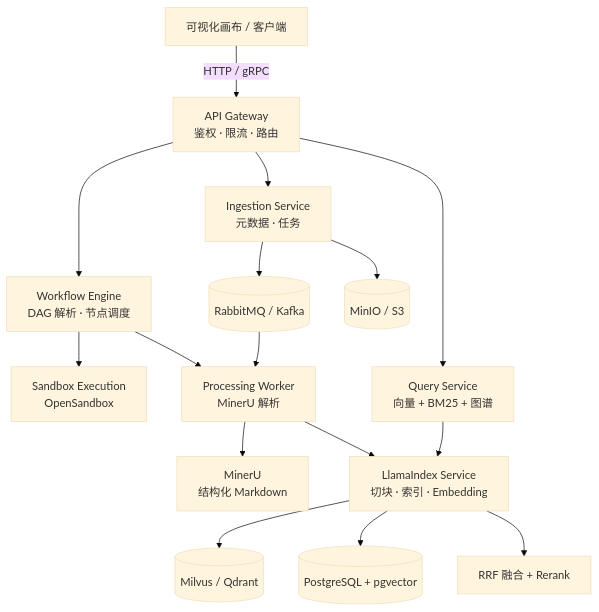
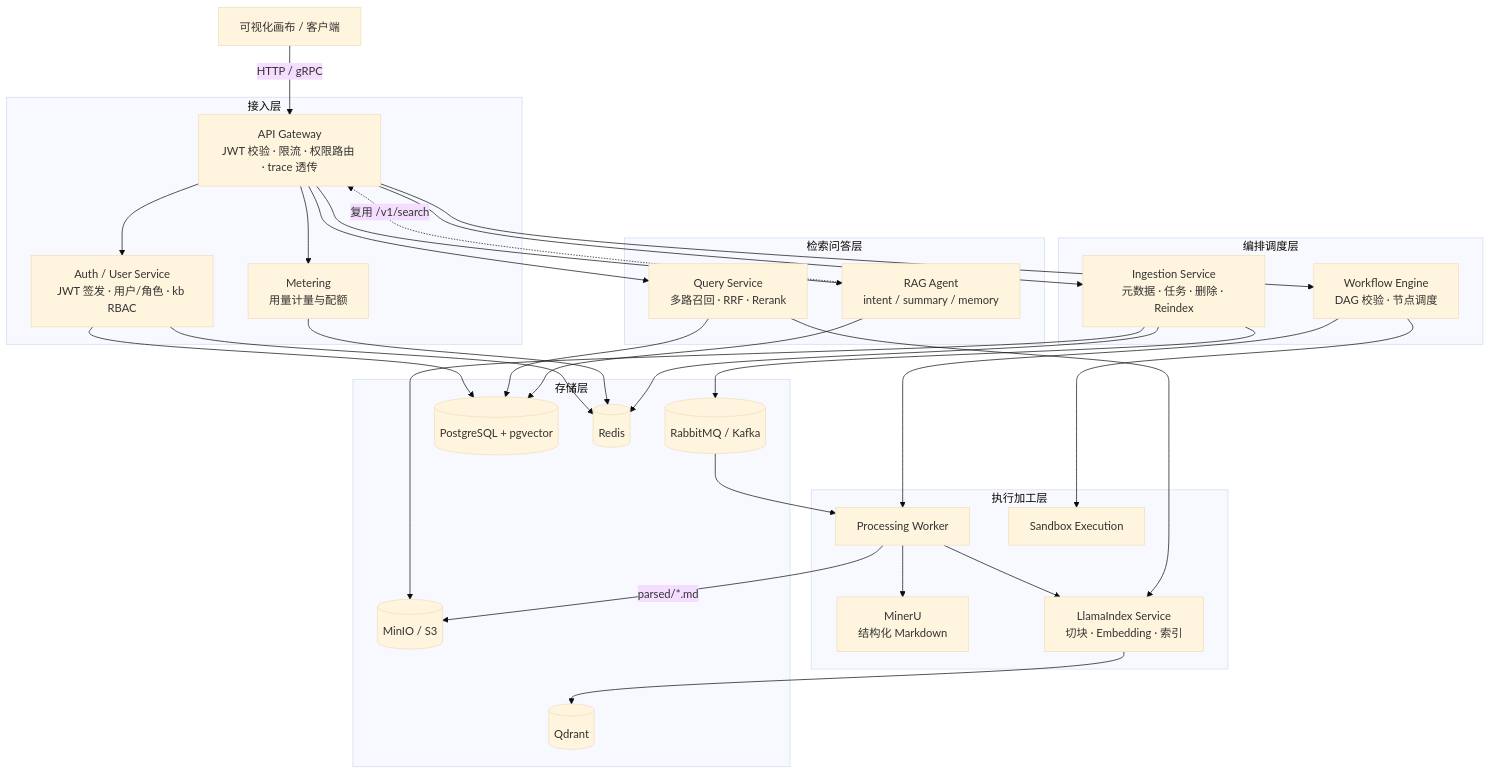
The diagram in README.md (miaogan/NexusFlow), drawn with Mermaid (base theme) before and after one commit. The commit also changed other lines of this file and 1 other file, not shown here.

Commit message:
docs: 更新架构总览图，纳入鉴权、检索问答、计量与 Reindex 链路

````diff
--- a/README.md
+++ b/README.md
@@ -13,18 +13,58 @@
 ```mermaid
 flowchart TB
-    UI[可视化画布 / 客户端] -->|HTTP / gRPC| GW[API Gateway<br/>鉴权 · 限流 · 路由]
-    GW --> WF[Workflow Engine<br/>DAG 解析 · 节点调度]
-    GW --> ING[Ingestion Service<br/>元数据 · 任务]
-    WF --> SBX[Sandbox Execution<br/>OpenSandbox]
-    WF --> PRC[Processing Worker<br/>MinerU 解析]
-    ING --> MQ[(RabbitMQ / Kafka)]
+    subgraph A[接入层]
+        GW[API Gateway<br/>JWT 校验 · 限流 · 权限路由 · trace 透传]
+        AUTH[Auth / User Service<br/>JWT 签发 · 用户/角色 · kb RBAC]
+        MET[Metering<br/>用量计量与配额]
+    end
+
+    subgraph B[编排调度层]
+        WF[Workflow Engine<br/>DAG 校验 · 节点调度]
+        ING[Ingestion Service<br/>元数据 · 任务 · 删除 · Reindex]
+    end
+
+    subgraph C[执行加工层]
+        PRC[Processing Worker]
+        MINERU[MinerU<br/>结构化 Markdown]
+        LIDX[LlamaIndex Service<br/>切块 · Embedding · 索引]
+        SBX[Sandbox Execution]
+    end
+
+    subgraph D[检索问答层]
+        QS[Query Service<br/>多路召回 · RRF · Rerank]
+        RAG[RAG Agent<br/>intent / summary / memory]
+    end
+
+    subgraph E[存储层]
+        MQ[(RabbitMQ / Kafka)]
+        OBJ[(MinIO / S3)]
+        VS[(Qdrant)]
+        PG[(PostgreSQL + pgvector)]
+        RD[(Redis)]
+    end
+
+    UI[可视化画布 / 客户端] -->|HTTP / gRPC| GW
+    GW --> AUTH
+    GW --> MET
+    GW --> WF
+    GW --> ING
+    GW --> QS
+    GW --> RAG
+    AUTH --> RD
+    AUTH --> PG
+    MET --> RD
+    WF --> PRC
+    WF --> SBX
+    ING --> MQ
+    ING --> OBJ
+    ING --> RD
     MQ --> PRC
-    PRC --> MD[MinerU<br/>结构化 Markdown]
-    PRC --> LIDX[LlamaIndex Service<br/>切块 · 索引 · Embedding]
-    LIDX --> VS[(Milvus / Qdrant)]
-    LIDX --> PG[(PostgreSQL + pgvector)]
-    ING --> OBJ[(MinIO / S3)]
-    GW --> QS[Query Service<br/>向量 + BM25 + 图谱]
+    PRC --> MINERU
+    PRC -->|parsed/*.md| OBJ
+    PRC --> LIDX
+    LIDX --> VS
     QS --> LIDX
-    LIDX --> RR[RRF 融合 + Rerank]
+    QS --> PG
+    RAG -. 复用 /v1/search .-> GW
+    RAG --> PG
 ```
````
